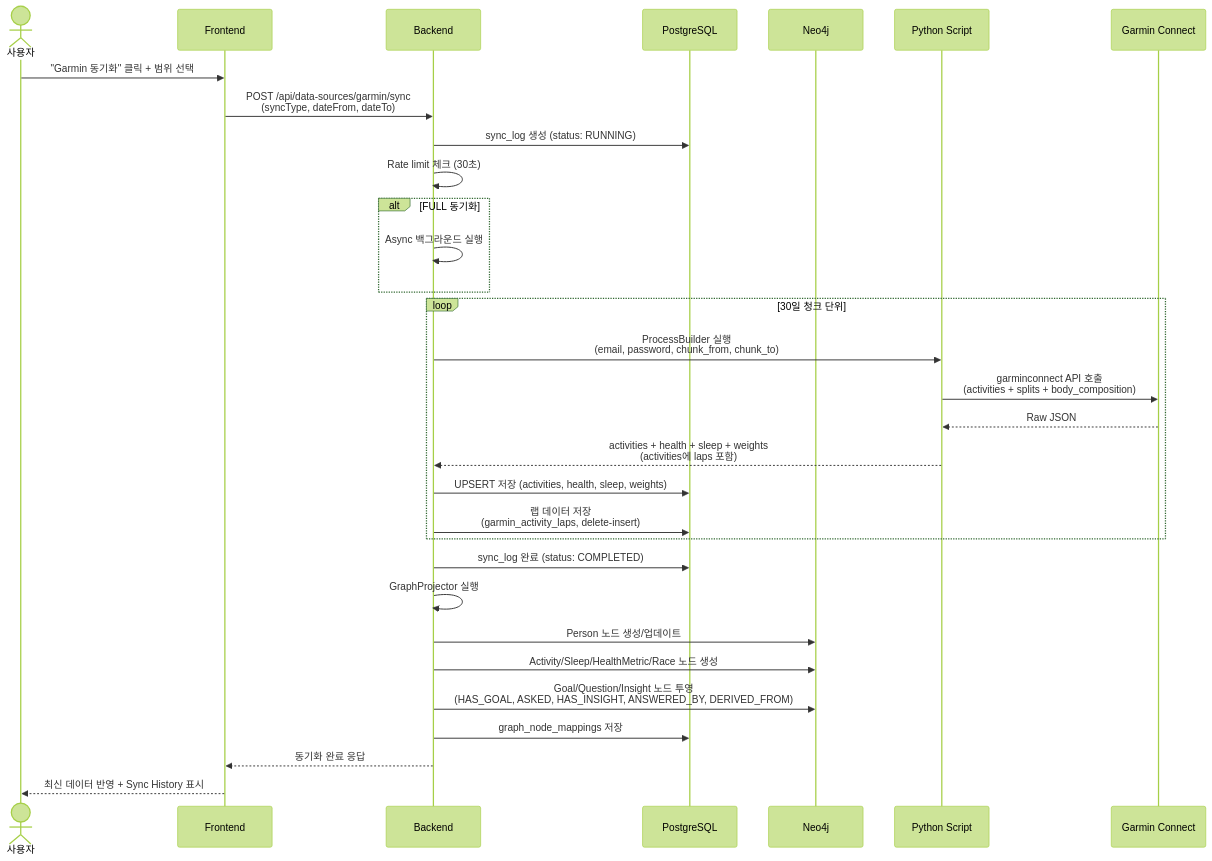
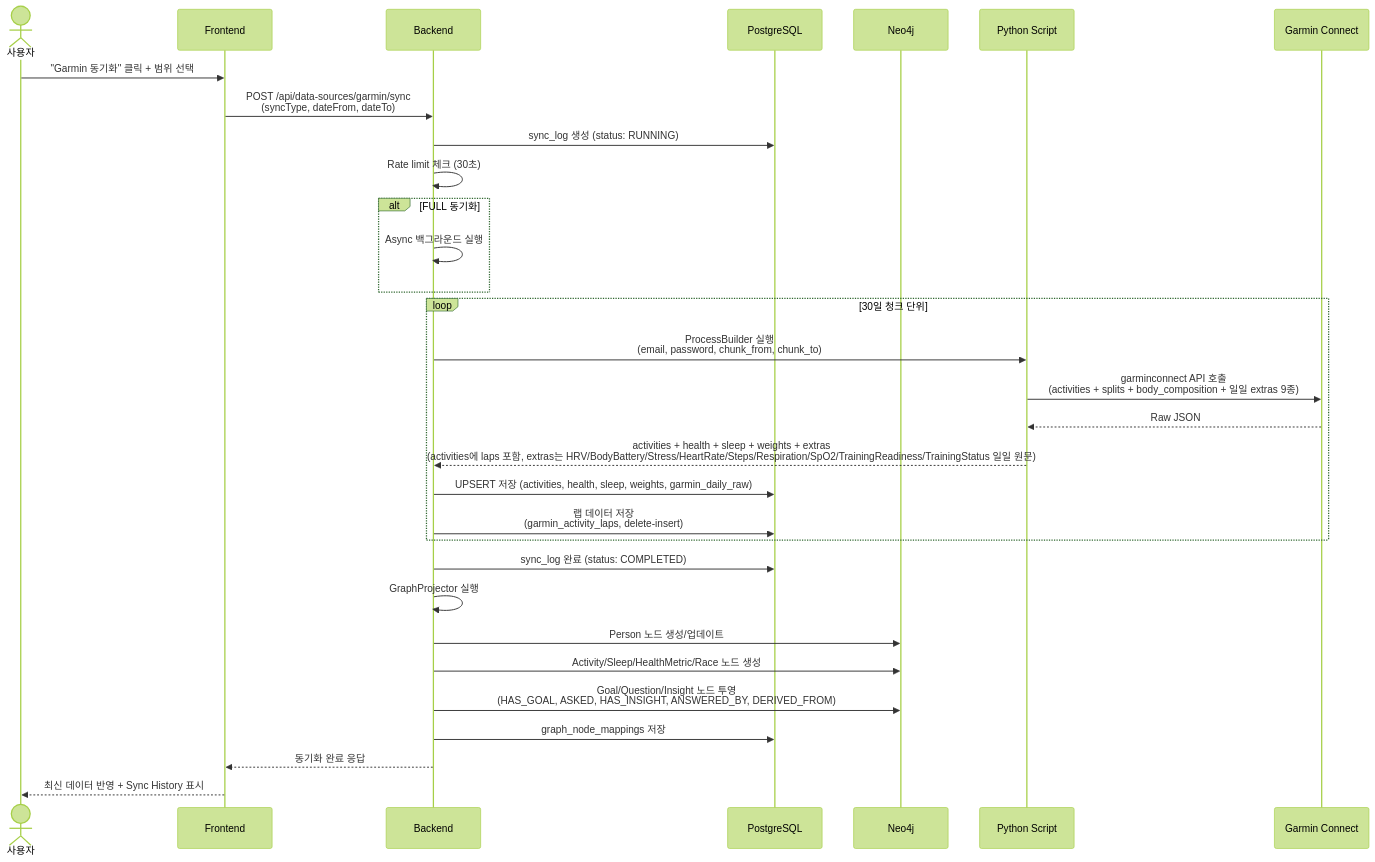
Before and after one commit to Hsooooo/personal-insight-os: the sixth of 8 diagrams in docs/architecture.md, drawn with Mermaid (forest theme). The commit also changed 17 other files, not shown here.

First line of the commit message:
Store full Garmin data: daily raw extras table + structured field promotion

````diff
--- a/docs/architecture.md
+++ b/docs/architecture.md
@@ -242,39 +242,39 @@
 ```mermaid
 sequenceDiagram
     actor U as 사용자
     participant FE as Frontend
     participant BE as Backend
     participant PG as PostgreSQL
     participant NEO as Neo4j
     participant PY as Python Script
     participant GC as Garmin Connect
 
     U->>FE: "Garmin 동기화" 클릭 + 범위 선택
     FE->>BE: POST /api/data-sources/garmin/sync<br/>(syncType, dateFrom, dateTo)
 
     BE->>PG: sync_log 생성 (status: RUNNING)
     BE->>BE: Rate limit 체크 (30초)
 
     alt FULL 동기화
         BE->>BE: Async 백그라운드 실행
     end
 
     loop 30일 청크 단위
         BE->>PY: ProcessBuilder 실행<br/>(email, password, chunk_from, chunk_to)
-        PY->>GC: garminconnect API 호출<br/>(activities + splits + body_composition)
+        PY->>GC: garminconnect API 호출<br/>(activities + splits + body_composition + 일일 extras 9종)
         GC-->>PY: Raw JSON
-        PY-->>BE: activities + health + sleep + weights<br/>(activities에 laps 포함)
-        BE->>PG: UPSERT 저장 (activities, health, sleep, weights)
+        PY-->>BE: activities + health + sleep + weights + extras<br/>(activities에 laps 포함, extras는 HRV/BodyBattery/Stress/HeartRate/Steps/Respiration/SpO2/TrainingReadiness/TrainingStatus 일일 원문)
+        BE->>PG: UPSERT 저장 (activities, health, sleep, weights, garmin_daily_raw)
         BE->>PG: 랩 데이터 저장<br/>(garmin_activity_laps, delete-insert)
     end
 
     BE->>PG: sync_log 완료 (status: COMPLETED)
     BE->>BE: GraphProjector 실행
     BE->>NEO: Person 노드 생성/업데이트
     BE->>NEO: Activity/Sleep/HealthMetric/Race 노드 생성
     BE->>NEO: Goal/Question/Insight 노드 투영<br/>(HAS_GOAL, ASKED, HAS_INSIGHT, ANSWERED_BY, DERIVED_FROM)
     BE->>PG: graph_node_mappings 저장
 
     BE-->>FE: 동기화 완료 응답
     FE-->>U: 최신 데이터 반영 + Sync History 표시
 ```
````
